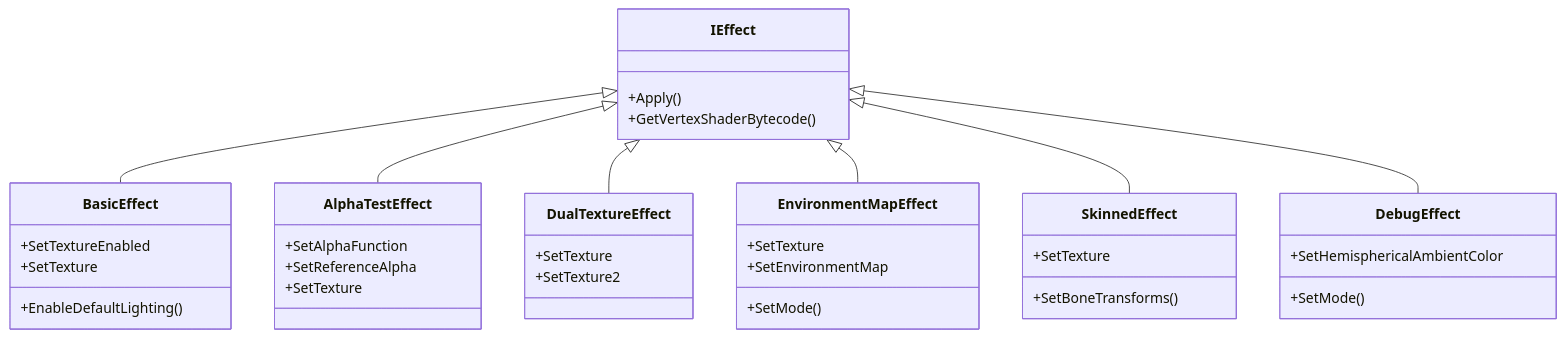
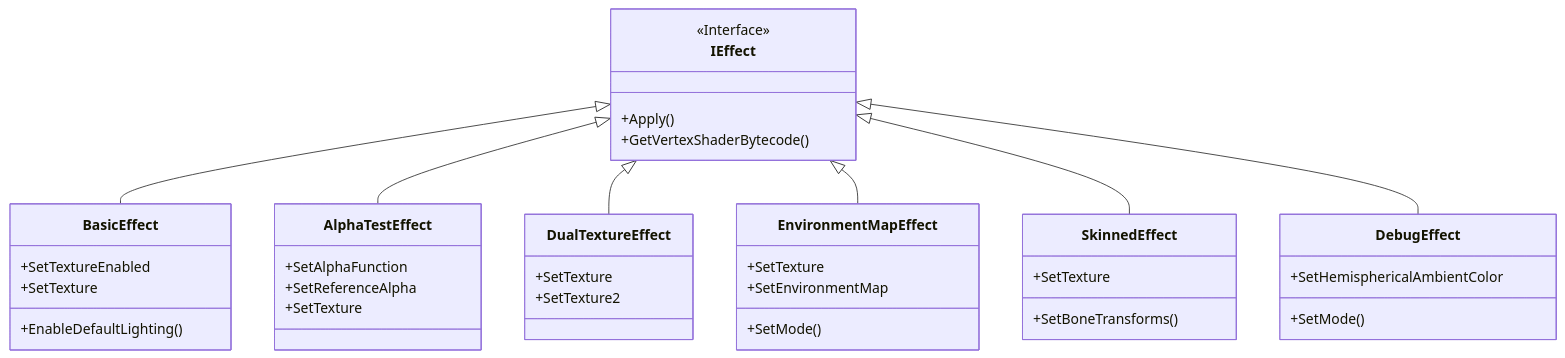
The first of 2 diagrams in Effects.md (neogrammer/Wiki), drawn with Mermaid before and after one commit. The commit also changed other lines of this file, not shown here.

Commit message:
Updated Effects (markdown)

````diff
--- a/Effects.md
+++ b/Effects.md
@@ -30,40 +30,41 @@
 ```mermaid
 classDiagram
 class IEffect{
+    <<Interface>> 
     +Apply()
     +GetVertexShaderBytecode()
 }
 class BasicEffect{
     +SetTextureEnabled
     +SetTexture
     +EnableDefaultLighting()
 }
 IEffect <|-- BasicEffect
 class AlphaTestEffect{
     +SetAlphaFunction
     +SetReferenceAlpha
     +SetTexture
 }
 IEffect <|-- AlphaTestEffect
 class DualTextureEffect{
     +SetTexture
     +SetTexture2
 }
 IEffect <|-- DualTextureEffect
 class EnvironmentMapEffect{
     +SetTexture
     +SetEnvironmentMap
     +SetMode()
 }
 IEffect <|-- EnvironmentMapEffect
 class SkinnedEffect{
     +SetTexture
     +SetBoneTransforms()
 }
 IEffect <|-- SkinnedEffect
 class DebugEffect{
     +SetHemisphericalAmbientColor
     +SetMode()
 }
 IEffect <|-- DebugEffect
 ```
````
